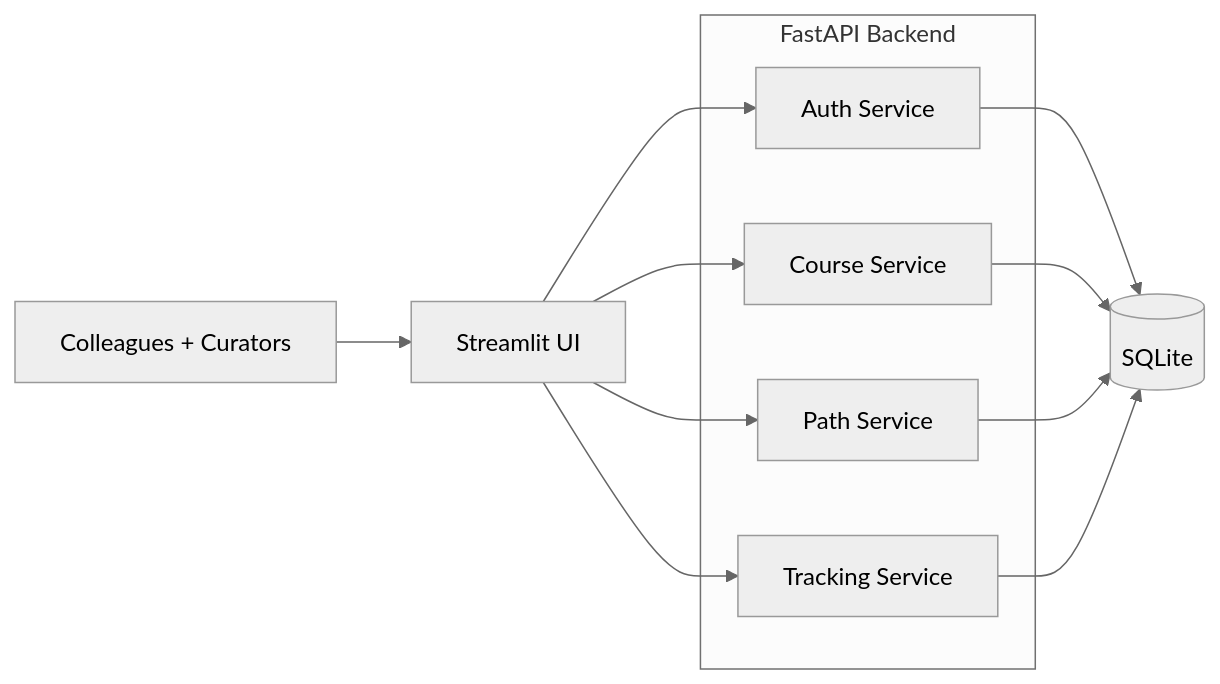
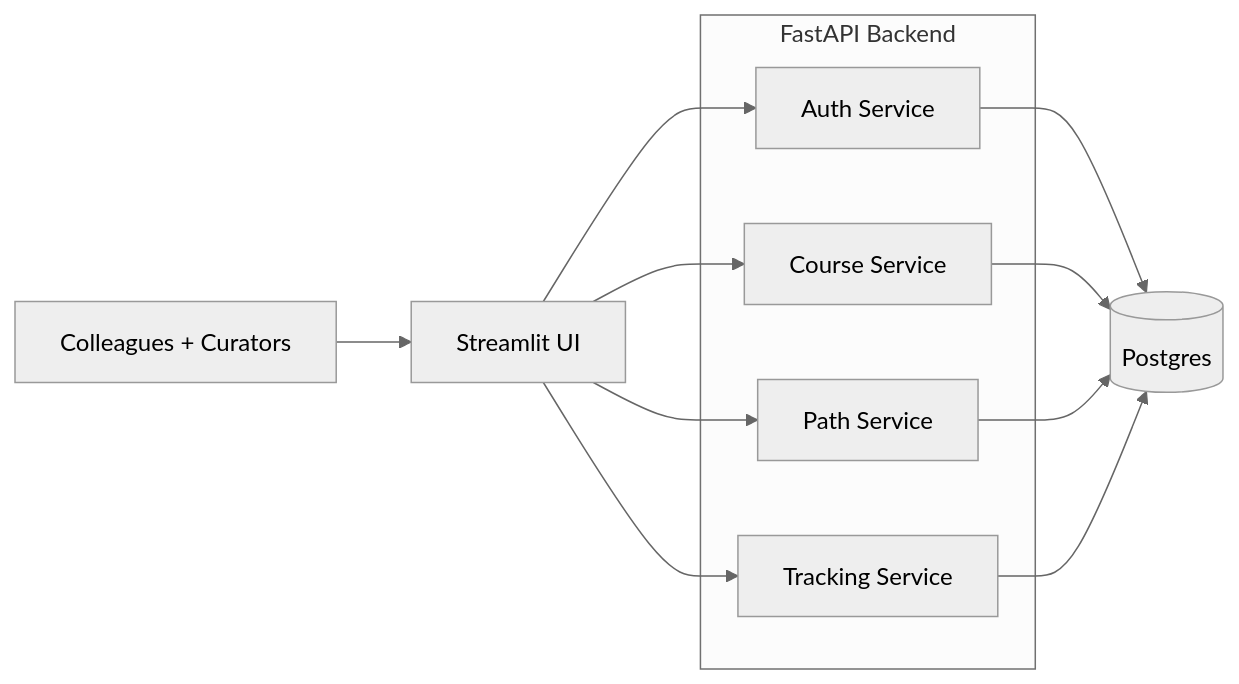
One commit to JustinMelger/Upstream changed the first of 13 diagrams in docs/architecture.md. Above: the diagram before and after it, drawn with Mermaid (neutral theme). The commit also changed other lines of this file and 66 other files, not shown here.

````diff
--- a/docs/architecture.md
+++ b/docs/architecture.md
@@ -12,22 +12,22 @@
 ```mermaid
 flowchart LR
   Users[Colleagues + Curators] --> UI[Streamlit UI]
 
   subgraph API[FastAPI Backend]
     Auth[Auth Service]
     Courses[Course Service]
     Paths[Path Service]
     Tracking[Tracking Service]
   end
 
   UI --> Auth
   UI --> Courses
   UI --> Paths
   UI --> Tracking
 
-  DB[(SQLite)]
+  DB[(Postgres)]
   Auth --> DB
   Courses --> DB
   Paths --> DB
   Tracking --> DB
 ```
````
